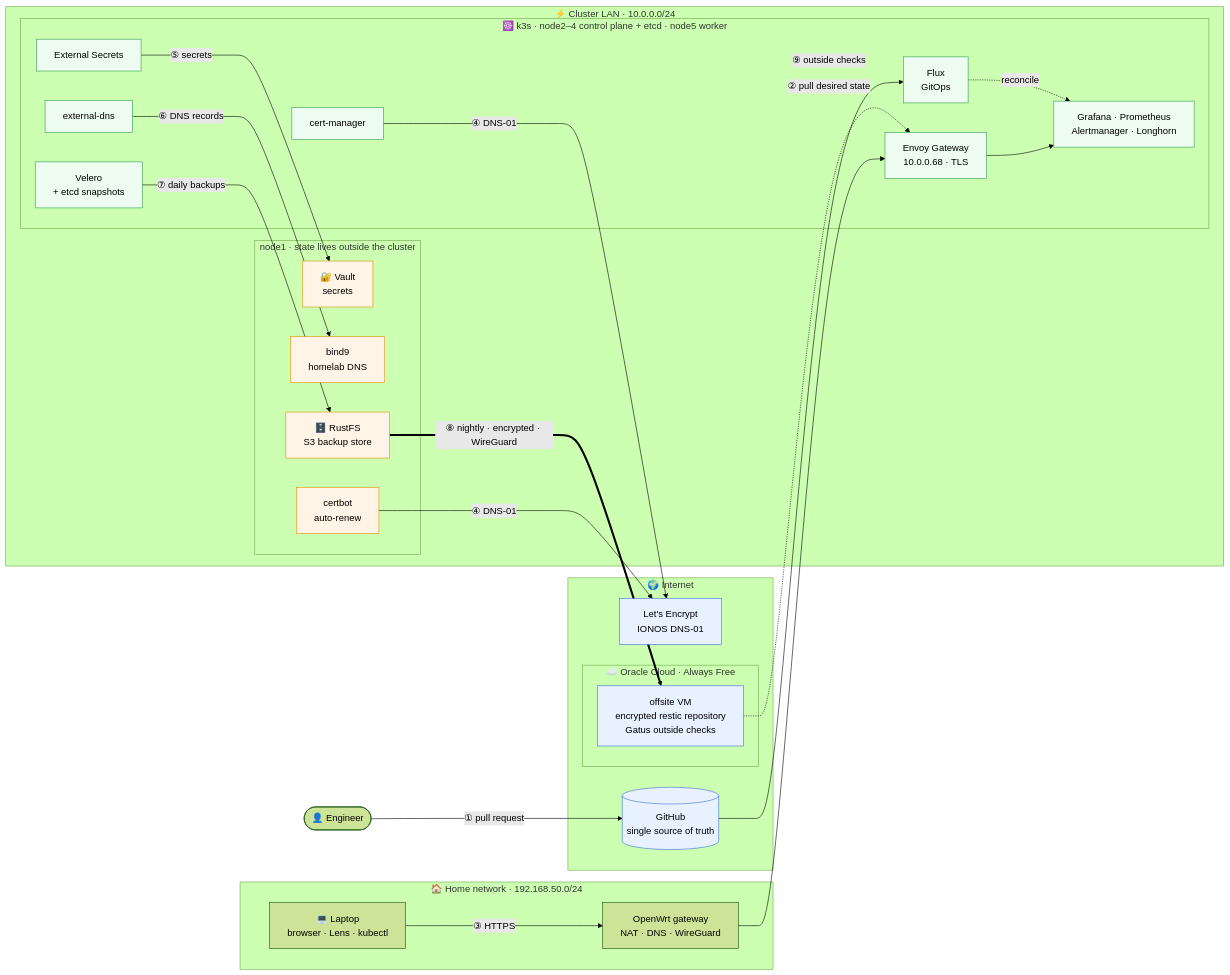
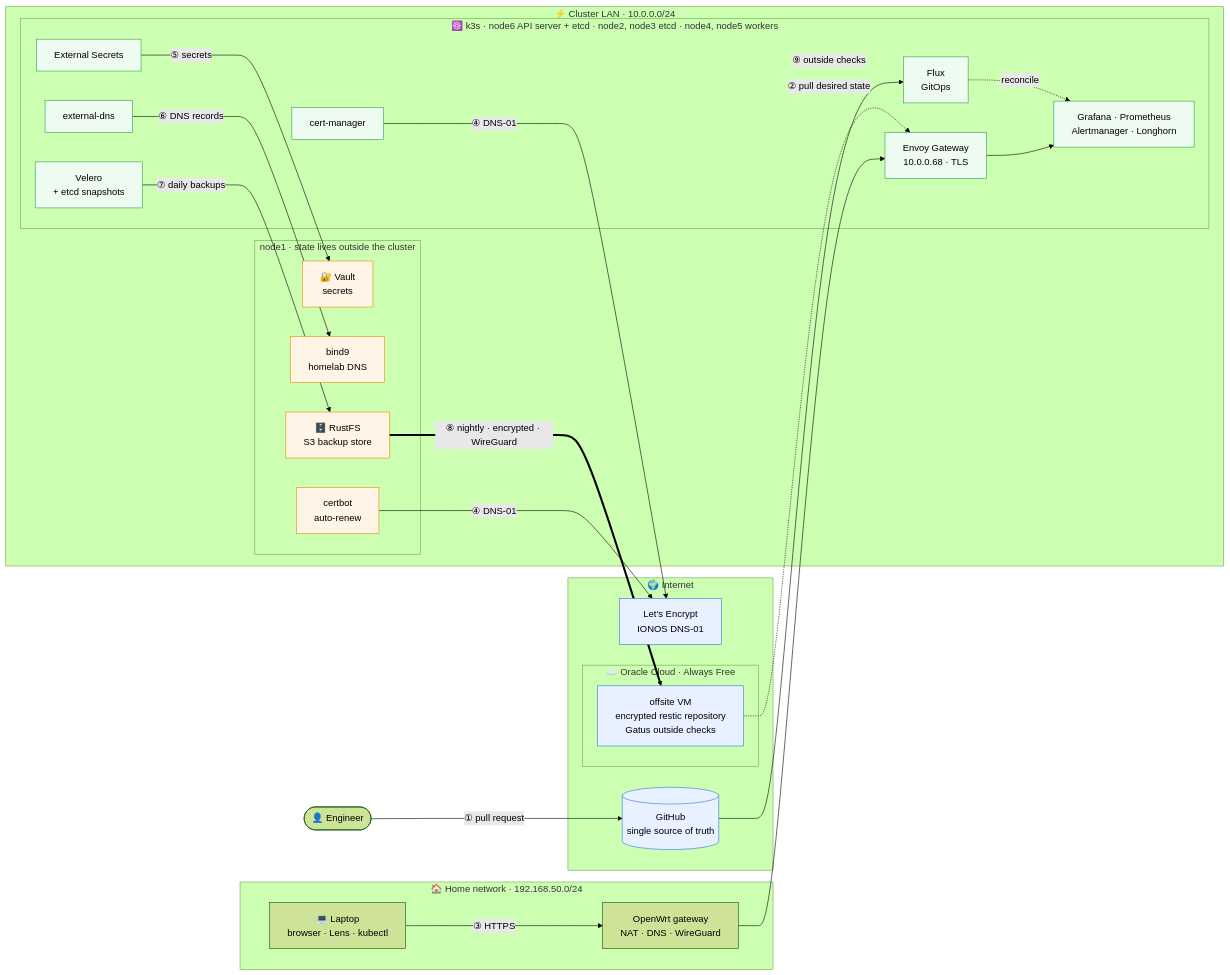
Before and after one commit to yekvitka/pi-cluster: the diagram in README.md, drawn with Mermaid (forest theme). The commit also changed other lines of this file and 5 other files, not shown here.

First line of the commit message:
Cluster 2.0 phases 5-6: node4 worker, node6 the only API server

````diff
--- a/README.md
+++ b/README.md
@@ -13,53 +13,53 @@
 ```mermaid
 flowchart LR
   eng(["👤 Engineer"]) -->|"① pull request"| gh
 
   subgraph internet["🌍 Internet"]
     gh[("GitHub<br/>single source of truth")]
     le["Let's Encrypt<br/>IONOS DNS-01"]
     subgraph oci["☁️ Oracle Cloud · Always Free"]
       vm["offsite VM<br/>encrypted restic repository<br/>Gatus outside checks"]
     end
   end
 
   subgraph home["🏠 Home network · 192.168.50.0/24"]
     laptop["💻 Laptop<br/>browser · Lens · kubectl"]
     gw["OpenWrt gateway<br/>NAT · DNS · WireGuard"]
   end
 
   subgraph lan["⚡ Cluster LAN · 10.0.0.0/24"]
     subgraph node1["node1 · state lives outside the cluster"]
       vault["🔐 Vault<br/>secrets"]
       s3["🗄️ RustFS<br/>S3 backup store"]
       dns["bind9<br/>homelab DNS"]
       certbot["certbot<br/>auto-renew"]
     end
-    subgraph kube["☸️ k3s · node2–4 control plane + etcd · node5 worker"]
+    subgraph kube["☸️ k3s · node6 API server + etcd · node2, node3 etcd · node4, node5 workers"]
       flux["Flux<br/>GitOps"]
       envoy["Envoy Gateway<br/>10.0.0.68 · TLS"]
       apps["Grafana · Prometheus<br/>Alertmanager · Longhorn"]
       eso["External Secrets"]
       cm["cert-manager"]
       edns["external-dns"]
       velero["Velero<br/>+ etcd snapshots"]
     end
   end
 
   gh -->|"② pull desired state"| flux
   flux -.->|"reconcile"| apps
   laptop -->|"③ HTTPS"| gw --> envoy --> apps
   cm -->|"④ DNS-01"| le
   certbot -->|"④ DNS-01"| le
   eso -->|"⑤ secrets"| vault
   edns -->|"⑥ DNS records"| dns
   velero -->|"⑦ daily backups"| s3
   s3 ==>|"⑧ nightly · encrypted · WireGuard"| vm
   vm -.->|"⑨ outside checks"| envoy
 
   classDef stateful fill:#fff4e5,stroke:#e08e00,color:#000
   classDef cloud fill:#e8f1ff,stroke:#3b6fd8,color:#000
   classDef k8s fill:#eefbf0,stroke:#2e9e4f,color:#000
   class vault,s3,dns,certbot stateful
   class gh,le,vm cloud
   class flux,envoy,apps,eso,cm,edns,velero k8s
 ```
````
